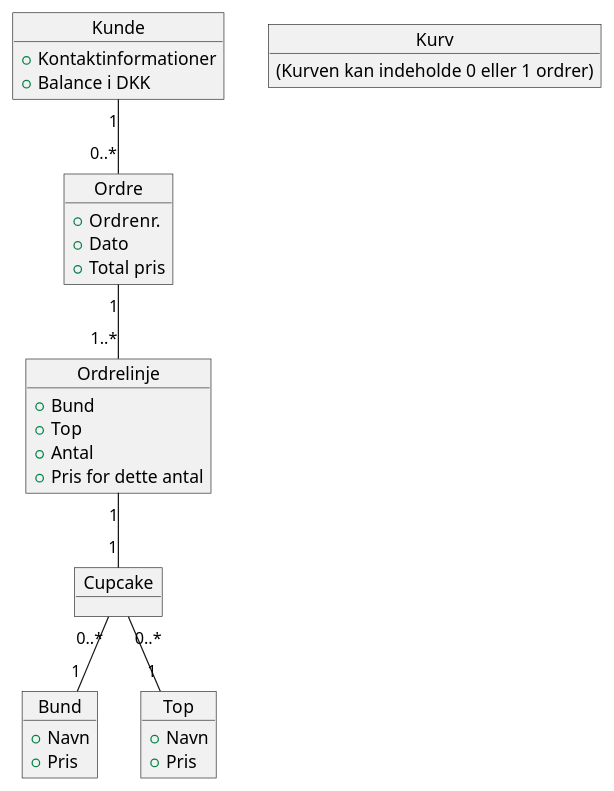
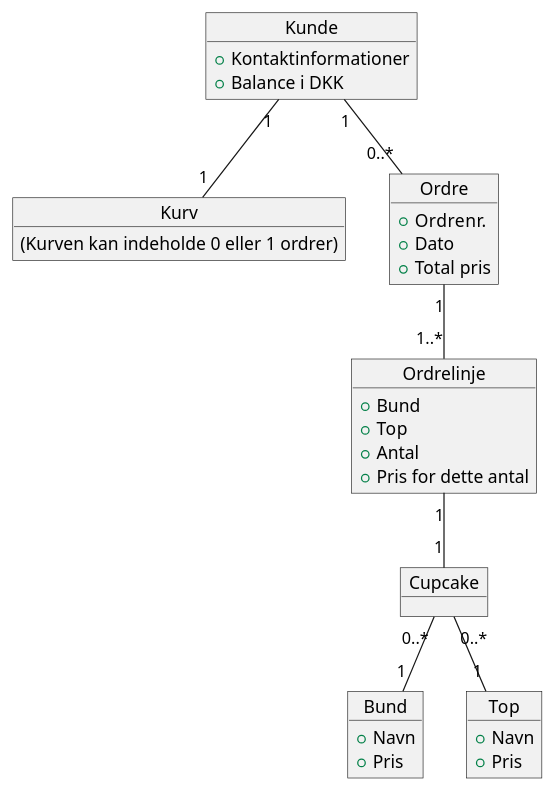
Before and after one commit to mrPrimeBeef/cupcake: the diagram in src/design/structur/Domain model.puml, drawn with PlantUML.

Commit message:
Opdateret domain model igen

```diff
--- a/src/design/structur/Domain model.puml
+++ b/src/design/structur/Domain model.puml
@@ -1,36 +1,37 @@
 @startuml
 object Kunde {
 +Kontaktinformationer
 +Balance i DKK
 }
 object Kurv {
 (Kurven kan indeholde 0 eller 1 ordrer)
 }
 object Ordre {
 +Ordrenr.
 +Dato
 +Total pris
 }
 object Ordrelinje {
 +Bund
 +Top
 +Antal
 +Pris for dette antal
 }
 object Cupcake
 object Bund {
 +Navn
 +Pris
 }
 object Top {
 +Navn
 +Pris
 }
 
 Kunde "1" -- "0..*" Ordre
+Kunde "1" -- "1" Kurv
 Ordre "1" -- "1..*" Ordrelinje
 Ordrelinje "1" -- "1" Cupcake
 Cupcake "0..*" -- "1" Bund
 Cupcake "0..*" -- "1" Top
 
 @enduml
```
